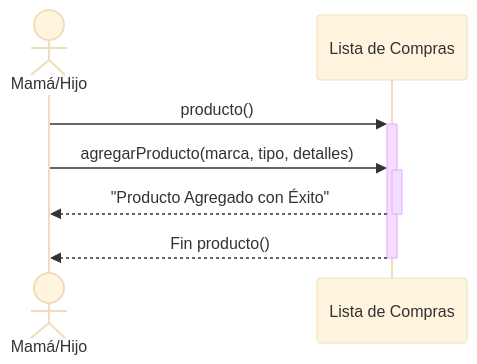
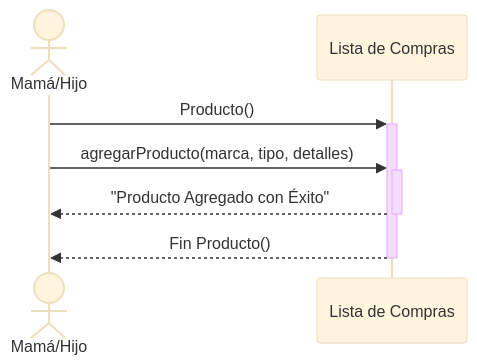
Before and after one commit to LocoUnPocoNadaMas/Lista-Compras: the fifth of 11 diagrams in README.md, drawn with Mermaid (base theme). The commit also changed other lines of this file, not shown here.

````diff
--- a/README.md
+++ b/README.md
@@ -627,8 +634,8 @@
 ```mermaid
 sequenceDiagram
     Actor A as Mamá/Hijo
-    A->>+Lista de Compras: producto()
+    A->>+Lista de Compras: Producto()
     A->>+Lista de Compras: agregarProducto(marca, tipo, detalles)
     Lista de Compras-->>-A: "Producto Agregado con Éxito"
-    Lista de Compras-->>-A: Fin producto()
+    Lista de Compras-->>-A: Fin Producto()
 ```
````
